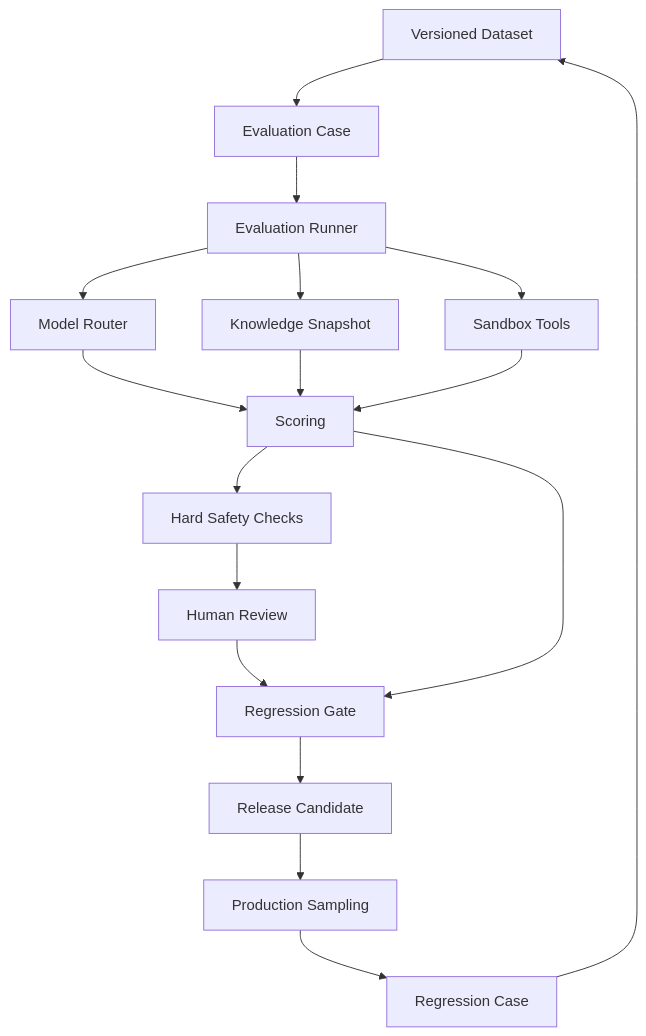
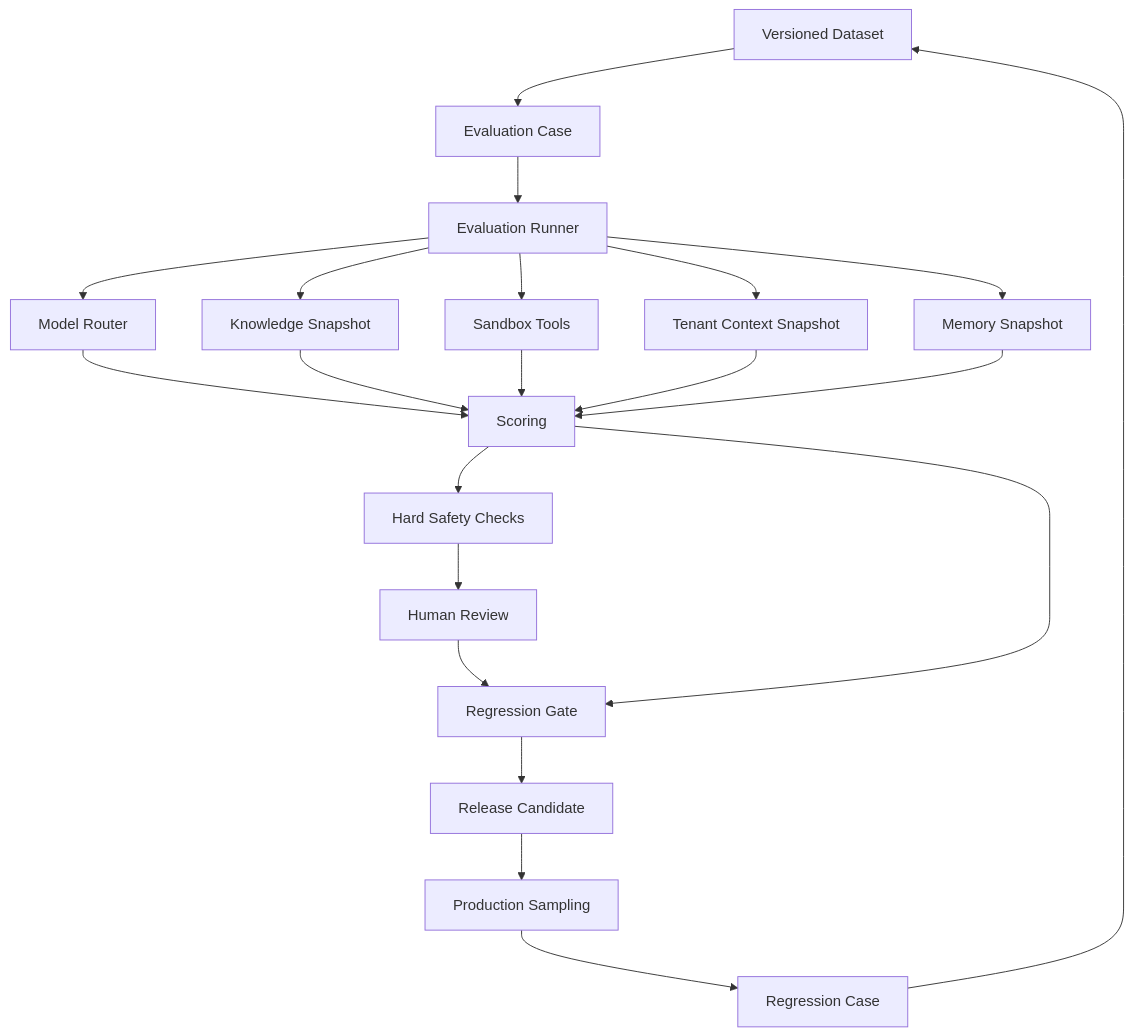
The first of 2 diagrams in docs/ai/evaluation.md (D-engahmed/OMILINKS), drawn with Mermaid before and after one commit. The commit also changed other lines of this file and 81 other files, not shown here.

````diff
--- a/docs/ai/evaluation.md
+++ b/docs/ai/evaluation.md
@@ -64,19 +83,23 @@
 ```mermaid
 flowchart TD
 DATA[Versioned Dataset] --> CASE[Evaluation Case]
 CASE --> RUN[Evaluation Runner]
 RUN --> ROUTE[Model Router]
 RUN --> KNOW[Knowledge Snapshot]
 RUN --> TOOLS[Sandbox Tools]
+RUN --> TCTX[Tenant Context Snapshot]
+RUN --> MEM[Memory Snapshot]
 ROUTE --> SCORE[Scoring]
 KNOW --> SCORE
 TOOLS --> SCORE
+TCTX --> SCORE
+MEM --> SCORE
 SCORE --> HARD[Hard Safety Checks]
 HARD --> HUMAN[Human Review]
 HUMAN --> GATE[Regression Gate]
 SCORE --> GATE
 GATE --> RELEASE[Release Candidate]
 RELEASE --> SAMPLE[Production Sampling]
 SAMPLE --> NEWCASE[Regression Case]
 NEWCASE --> DATA
 ```
````
